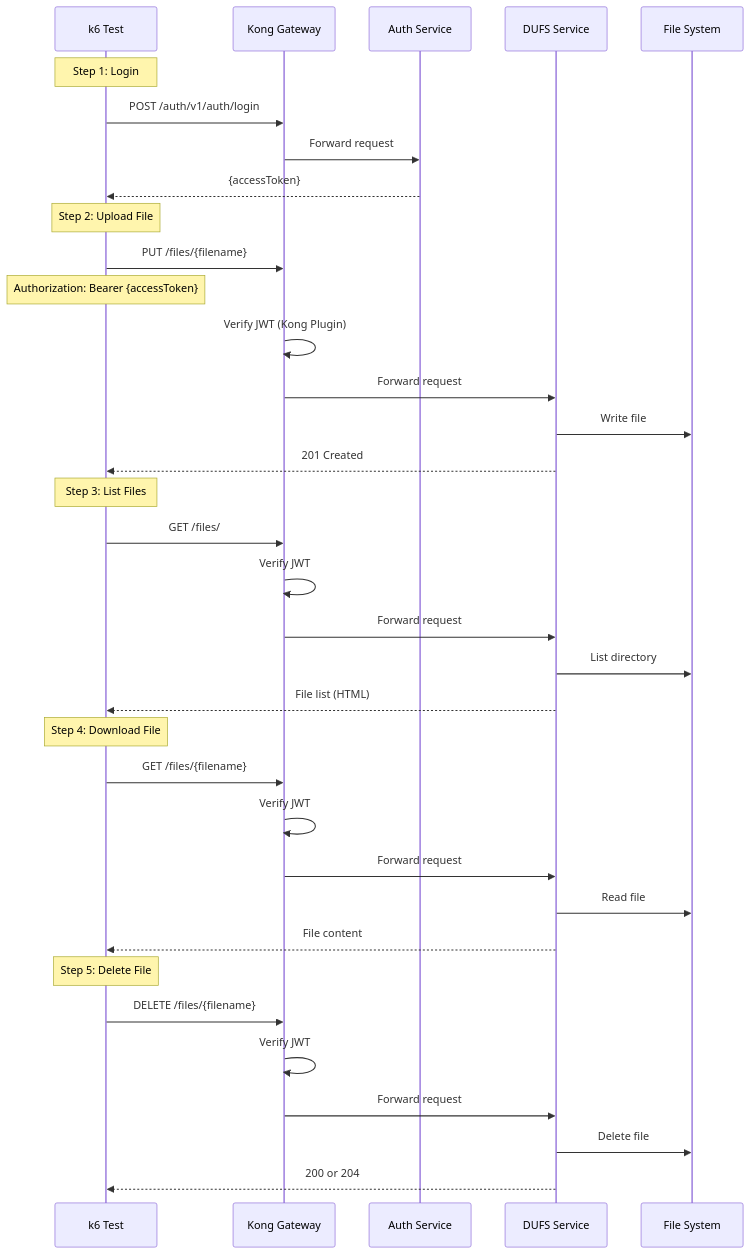
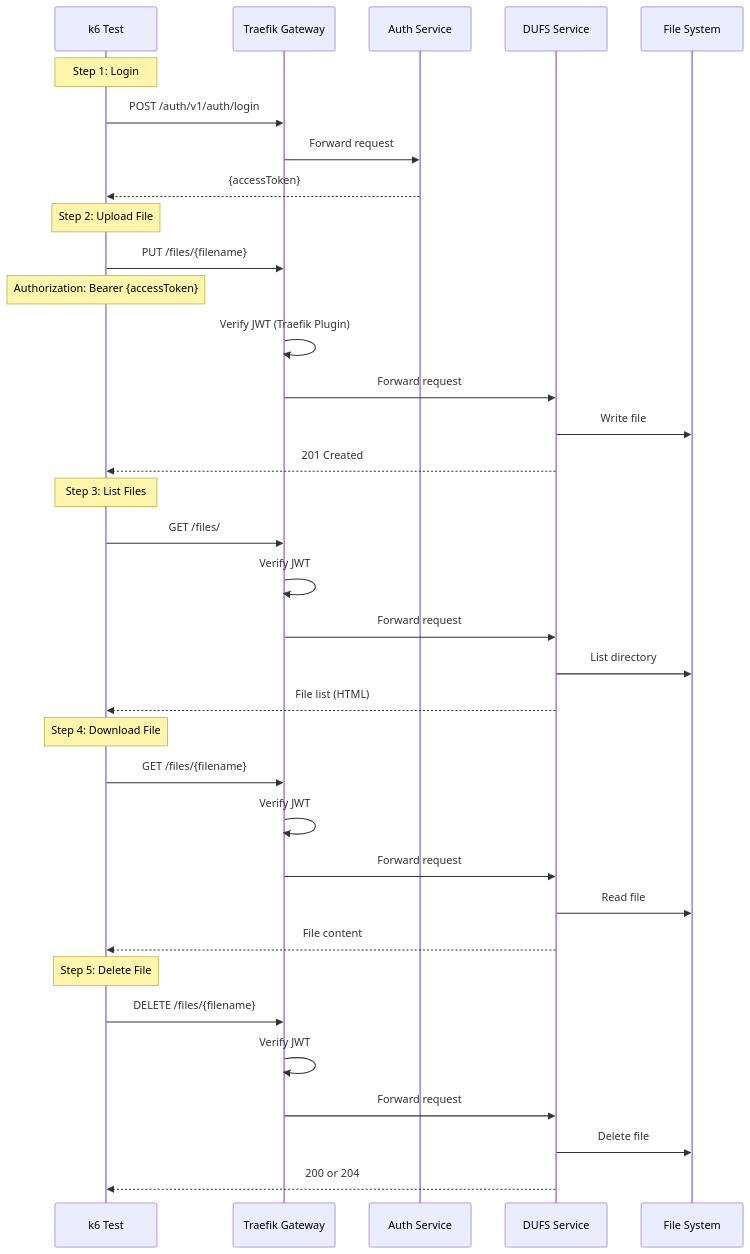
The diagram in k6-tests/src/flows/dufs-flow.md (tinhthanh/nestjs-microservices), drawn with Mermaid before and after one commit. The commit also changed other lines of this file and 47 other files, not shown here.

````diff
--- a/k6-tests/src/flows/dufs-flow.md
+++ b/k6-tests/src/flows/dufs-flow.md
@@ -5,42 +5,42 @@
 ```mermaid
 sequenceDiagram
     participant K6 as k6 Test
-    participant Kong as Kong Gateway
+    participant Traefik as Traefik Gateway
     participant Auth as Auth Service
     participant DUFS as DUFS Service
     participant Disk as File System
 
     Note over K6: Step 1: Login
-    K6->>Kong: POST /auth/v1/auth/login
-    Kong->>Auth: Forward request
+    K6->>Traefik: POST /auth/v1/auth/login
+    Traefik->>Auth: Forward request
     Auth-->>K6: {accessToken}
     
     Note over K6: Step 2: Upload File
-    K6->>Kong: PUT /files/{filename}
+    K6->>Traefik: PUT /files/{filename}
     Note over K6: Authorization: Bearer {accessToken}
-    Kong->>Kong: Verify JWT (Kong Plugin)
-    Kong->>DUFS: Forward request
+    Traefik->>Traefik: Verify JWT (Traefik Plugin)
+    Traefik->>DUFS: Forward request
     DUFS->>Disk: Write file
     DUFS-->>K6: 201 Created
     
     Note over K6: Step 3: List Files
-    K6->>Kong: GET /files/
-    Kong->>Kong: Verify JWT
-    Kong->>DUFS: Forward request
+    K6->>Traefik: GET /files/
+    Traefik->>Traefik: Verify JWT
+    Traefik->>DUFS: Forward request
     DUFS->>Disk: List directory
     DUFS-->>K6: File list (HTML)
     
     Note over K6: Step 4: Download File
-    K6->>Kong: GET /files/{filename}
-    Kong->>Kong: Verify JWT
-    Kong->>DUFS: Forward request
+    K6->>Traefik: GET /files/{filename}
+    Traefik->>Traefik: Verify JWT
+    Traefik->>DUFS: Forward request
     DUFS->>Disk: Read file
     DUFS-->>K6: File content
     
     Note over K6: Step 5: Delete File
-    K6->>Kong: DELETE /files/{filename}
-    Kong->>Kong: Verify JWT
-    Kong->>DUFS: Forward request
+    K6->>Traefik: DELETE /files/{filename}
+    Traefik->>Traefik: Verify JWT
+    Traefik->>DUFS: Forward request
     DUFS->>Disk: Delete file
     DUFS-->>K6: 200 or 204
 ```
````
